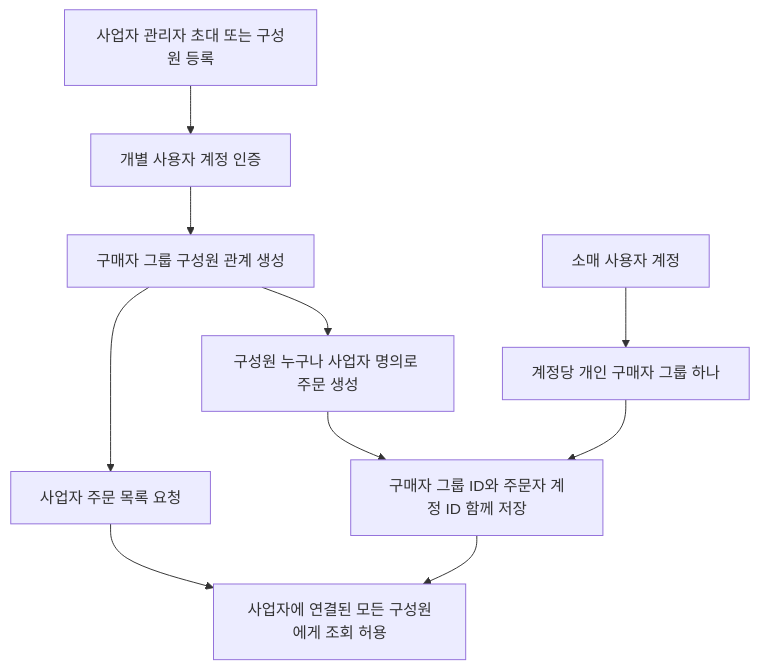
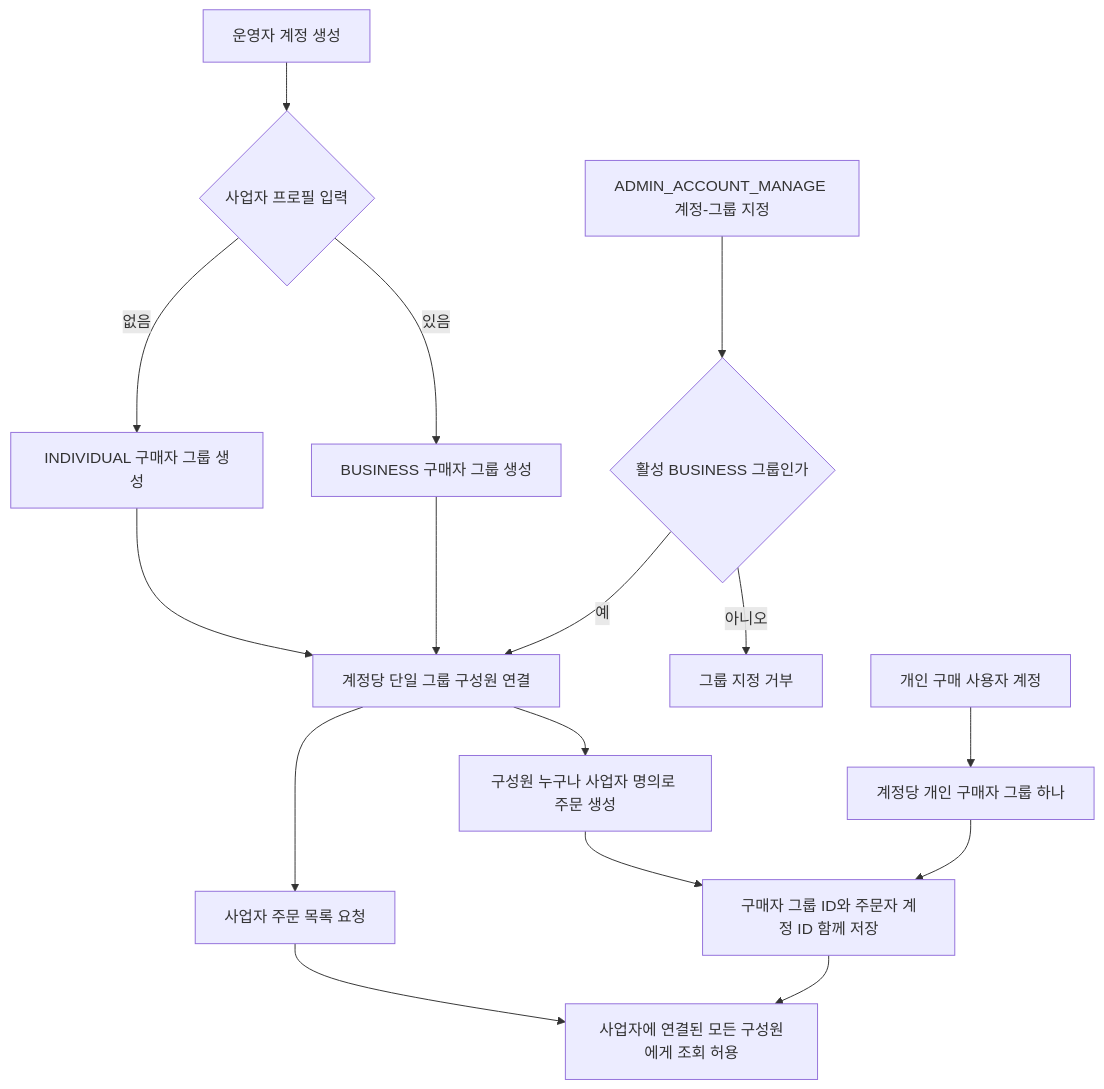
The first of 2 diagrams in docs/services/account.md (DongHyeonEom/umji-market-api), drawn with Mermaid before and after one commit. The commit also changed other lines of this file and 31 other files, not shown here.

````diff
--- a/docs/services/account.md
+++ b/docs/services/account.md
@@ -21,12 +23,18 @@
 ```mermaid
 flowchart TD
-    INVITE[사업자 관리자 초대 또는 구성원 등록] --> VERIFY[개별 사용자 계정 인증]
-    VERIFY --> MEMBER[구매자 그룹 구성원 관계 생성]
+    CREATE[운영자 계정 생성] --> PROFILE{사업자 프로필 입력}
+    PROFILE -- 있음 --> BUSINESS[BUSINESS 구매자 그룹 생성]
+    PROFILE -- 없음 --> INDIVIDUAL[INDIVIDUAL 구매자 그룹 생성]
+    BUSINESS --> MEMBER[계정당 단일 그룹 구성원 연결]
+    INDIVIDUAL --> MEMBER
+    ADMIN[ADMIN_ACCOUNT_MANAGE 계정-그룹 지정] --> GROUP{활성 BUSINESS 그룹인가}
+    GROUP -- 아니오 --> REJECT[그룹 지정 거부]
+    GROUP -- 예 --> MEMBER
     MEMBER --> ORDER[구성원 누구나 사업자 명의로 주문 생성]
     ORDER --> CONTEXT[구매자 그룹 ID와 주문자 계정 ID 함께 저장]
     MEMBER --> QUERY[사업자 주문 목록 요청]
     CONTEXT --> ALL[사업자에 연결된 모든 구성원에게 조회 허용]
     QUERY --> ALL
-    RETAIL[소매 사용자 계정] --> ONE[계정당 개인 구매자 그룹 하나]
+    RETAIL[개인 구매 사용자 계정] --> ONE[계정당 개인 구매자 그룹 하나]
     ONE --> CONTEXT
 ```
````
